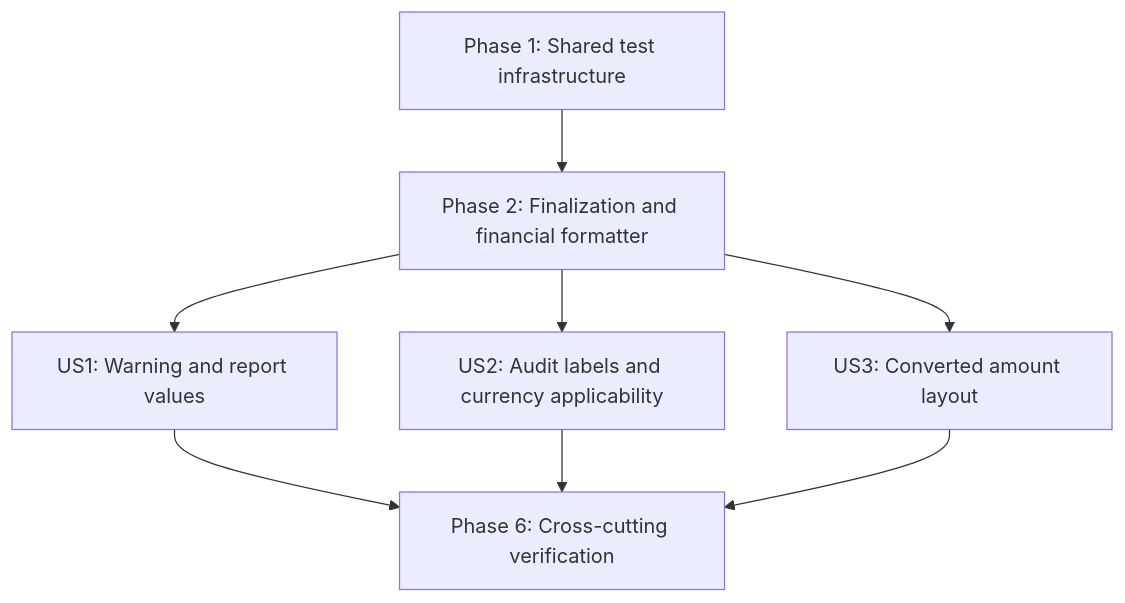
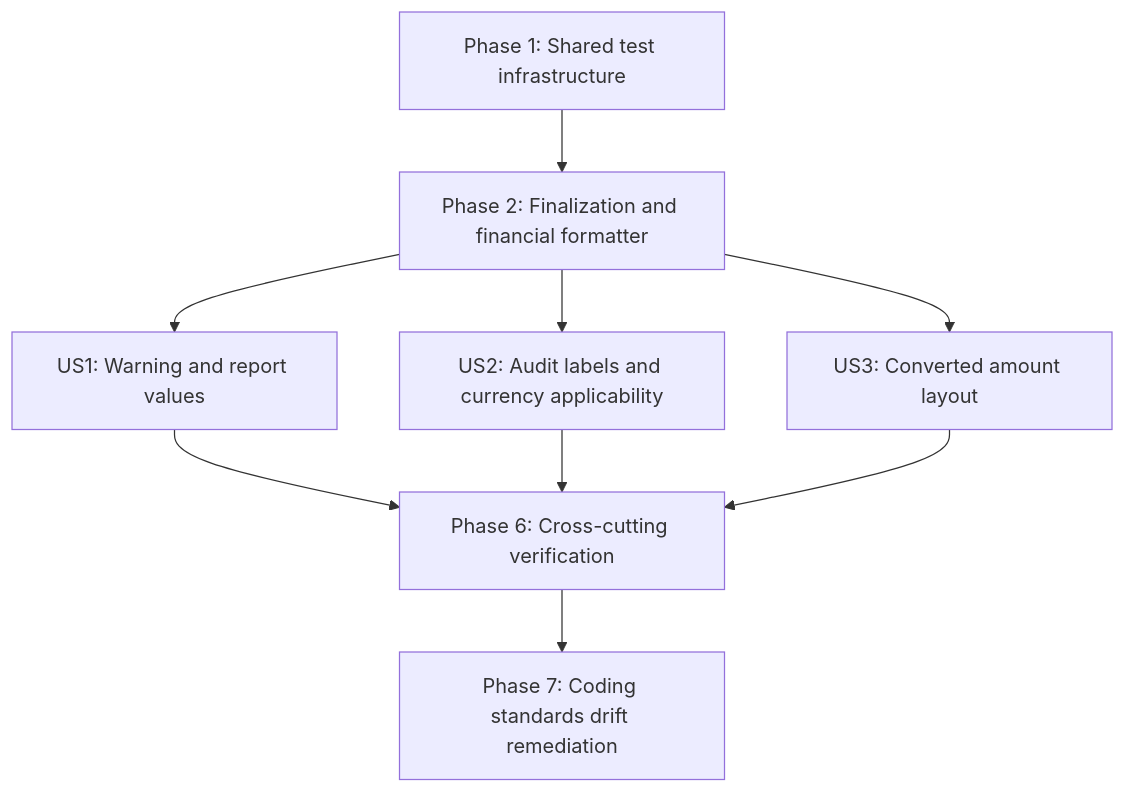
Before and after one commit to benizzio/ghostfolio-cryptogains: the diagram in specs/009-final-report-adjustments/tasks.md, drawn with Mermaid. The commit also changed other lines of this file and 1 other file, not shown here.

Commit message:
Conding standard drift remediation plan

````diff
--- a/specs/009-final-report-adjustments/tasks.md
+++ b/specs/009-final-report-adjustments/tasks.md
@@ -266,10 +314,11 @@
 ```mermaid
 graph TD
     S[Phase 1: Shared test infrastructure] --> F[Phase 2: Finalization and financial formatter]
     F --> U1[US1: Warning and report values]
     F --> U2[US2: Audit labels and currency applicability]
     F --> U3[US3: Converted amount layout]
     U1 --> P[Phase 6: Cross-cutting verification]
     U2 --> P
     U3 --> P
+    P --> D[Phase 7: Coding standards drift remediation]
 ```
````
